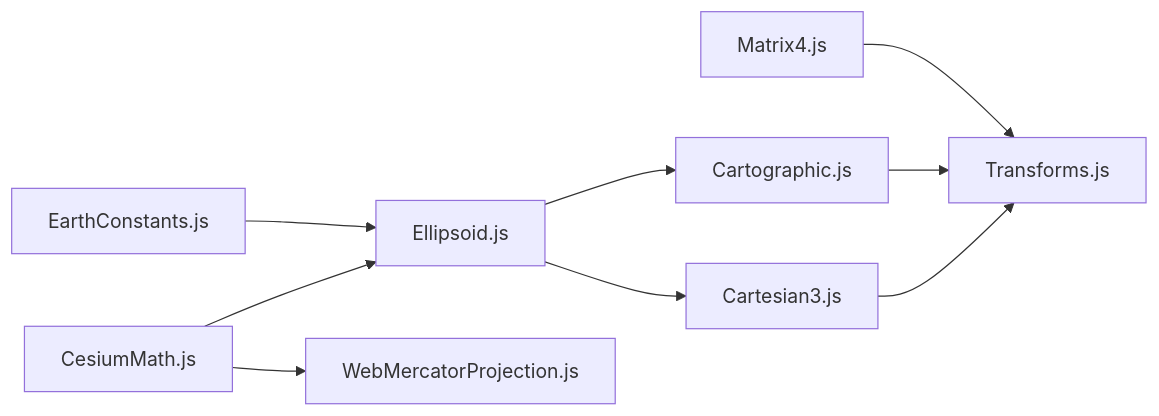
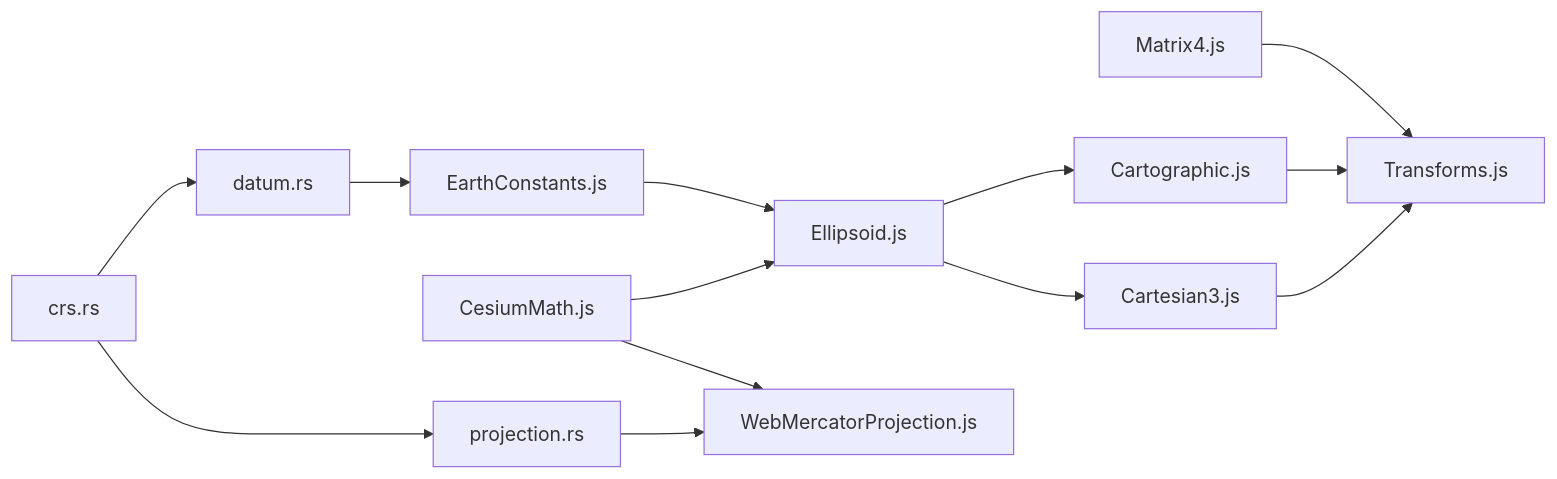
The sixth of 6 diagrams in .qoder/repowiki/zh/content/核心概念/坐标系统与投影.md (rzhangjing/cesium), drawn with Mermaid before and after one commit. The commit also changed other lines of this file and 74 other files, not shown here.

````diff
--- a/.qoder/repowiki/zh/content/核心概念/坐标系统与投影.md
+++ b/.qoder/repowiki/zh/content/核心概念/坐标系统与投影.md
@@ -232,11 +308,15 @@
 ```mermaid
 graph LR
 EC["EarthConstants.js"] --> EL["Ellipsoid.js"]
 CM["CesiumMath.js"] --> EL
 CM --> WM["WebMercatorProjection.js"]
 EL --> CG["Cartographic.js"]
 EL --> C3["Cartesian3.js"]
 M4["Matrix4.js"] --> TR["Transforms.js"]
 CG --> TR
 C3 --> TR
+CRS["crs.rs"] --> PROJ["projection.rs"]
+CRS --> DATUM["datum.rs"]
+PROJ --> WM
+DATUM --> EC
 ```
````
